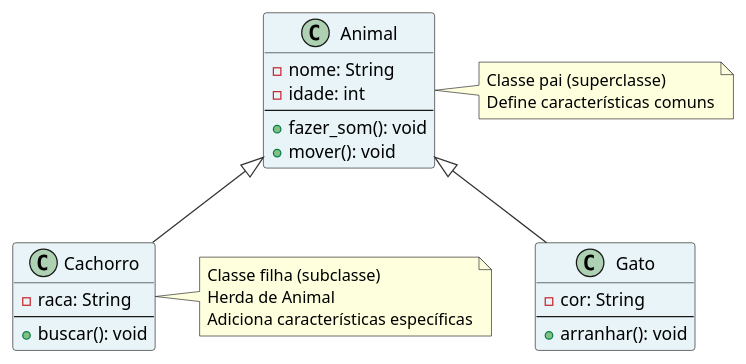
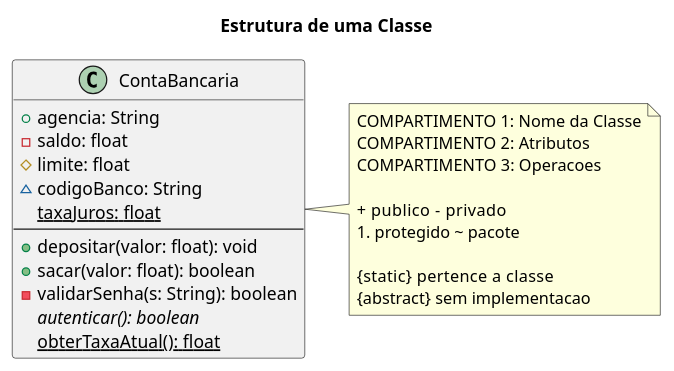
The second of 6 diagrams in POB/UML.md (claulis/Py), drawn with PlantUML before and after one commit. The commit also changed other lines of this file and 6 other files, not shown here.

First line of the commit message:
Add comprehensive UML documentation with PlantUML diagrams

````diff
--- a/POB/UML.md
+++ b/POB/UML.md
@@ -208,41 +316,31 @@
 ```plantuml
-@startuml Heranca
-skinparam classBackgroundColor #E8F4F8
-skinparam classArrowColor #333333
+@startuml cls_elementos_resumo
+title Estrutura de uma Classe
 
-class Animal {
-    - nome: String
-    - idade: int
+class ContaBancaria {
+    + agencia: String
+    - saldo: float
+    # limite: float
+    ~ codigoBanco: String
+    {static} taxaJuros: float
     --
-    + fazer_som(): void
-    + mover(): void
+    + depositar(valor: float): void
+    + sacar(valor: float): boolean
+    - validarSenha(s: String): boolean
+    {abstract} autenticar(): boolean
+    {static} obterTaxaAtual(): float
 }
 
-class Cachorro {
-    - raca: String
-    --
-    + buscar(): void
-}
-
-class Gato {
-    - cor: String
-    --
-    + arranhar(): void
-}
-
-Animal <|-- Cachorro
-Animal <|-- Gato
-
-note right of Animal
-  Classe pai (superclasse)
-  Define características comuns
+note right of ContaBancaria
+  COMPARTIMENTO 1: Nome da Classe
+  COMPARTIMENTO 2: Atributos
+  COMPARTIMENTO 3: Operacoes
+  
+  + publico   - privado
+  # protegido ~ pacote
+  
+  {static}   pertence a classe
+  {abstract} sem implementacao
 end note
-
-note right of Cachorro
-  Classe filha (subclasse)
-  Herda de Animal
-  Adiciona características específicas
-end note
-
 @enduml
 ```
````
